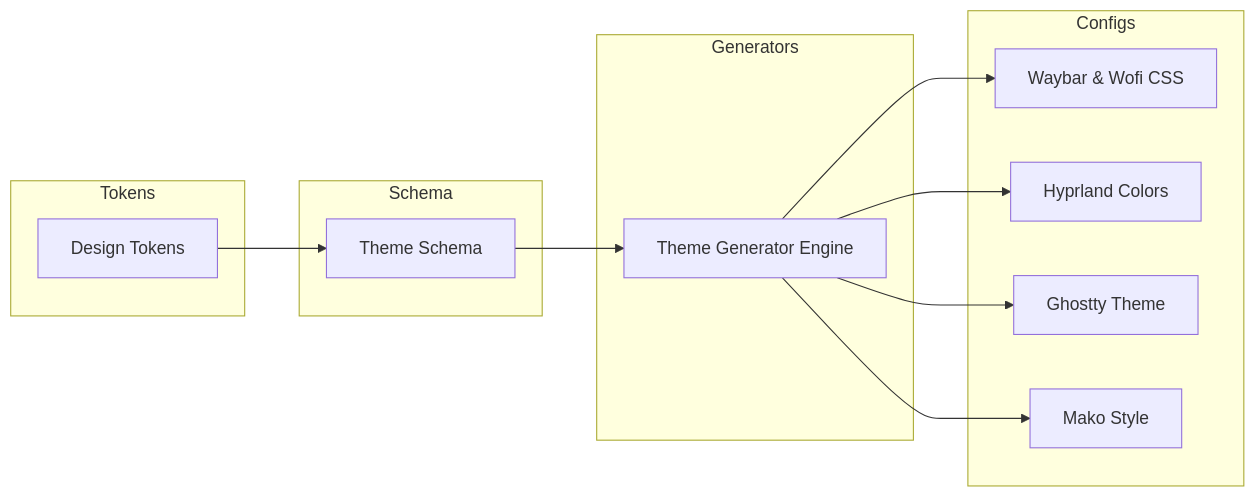
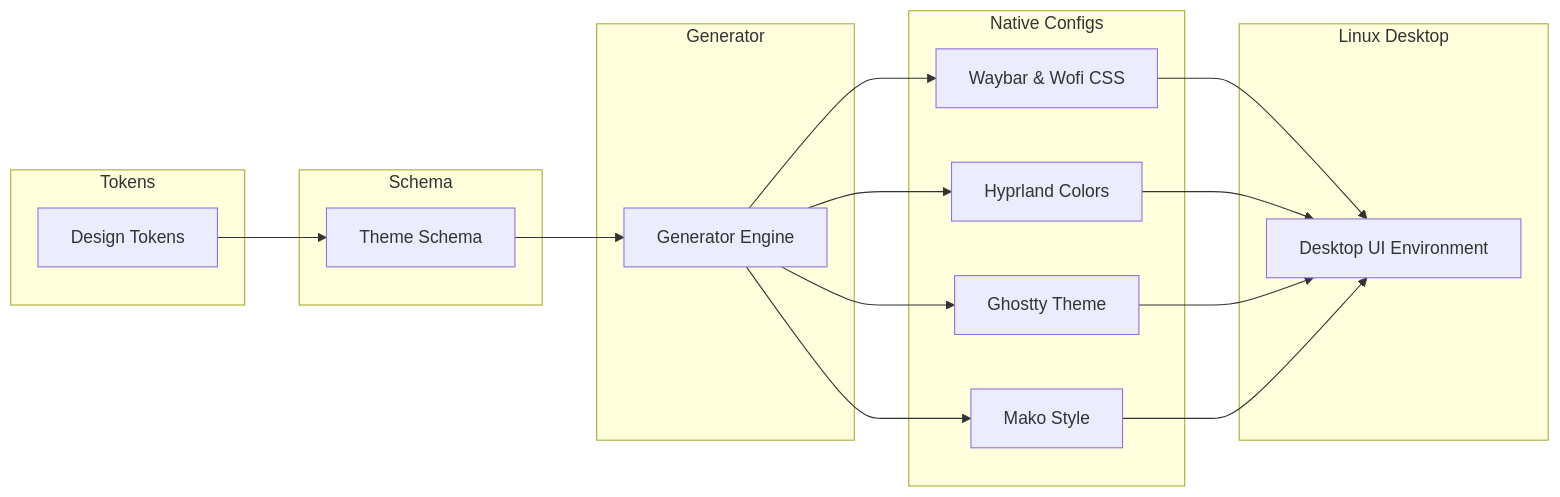
Before and after one commit to clxzwe/akumaos: the second of 3 diagrams in docs/architecture.md, drawn with Mermaid. The commit also changed other lines of this file and 6 other files, not shown here.

Commit message:
docs: define generator architecture

````diff
--- a/docs/architecture.md
+++ b/docs/architecture.md
@@ -96,28 +109,36 @@
 ```mermaid
 graph LR
     subgraph Tokens
         P[Design Tokens]
     end
 
     subgraph Schema
         S[Theme Schema]
     end
 
-    subgraph Generators
-        G[Theme Generator Engine]
+    subgraph Generator
+        G[Generator Engine]
     end
 
-    subgraph Configs
+    subgraph Native Configs
         CSS[Waybar & Wofi CSS]
         HYPR[Hyprland Colors]
         TERM[Ghostty Theme]
         NOTIF[Mako Style]
+    end
+
+    subgraph Linux Desktop
+        D[Desktop UI Environment]
     end
 
     P --> S
     S --> G
     G --> CSS
     G --> HYPR
     G --> TERM
     G --> NOTIF
+    CSS --> D
+    HYPR --> D
+    TERM --> D
+    NOTIF --> D
 ```
````
